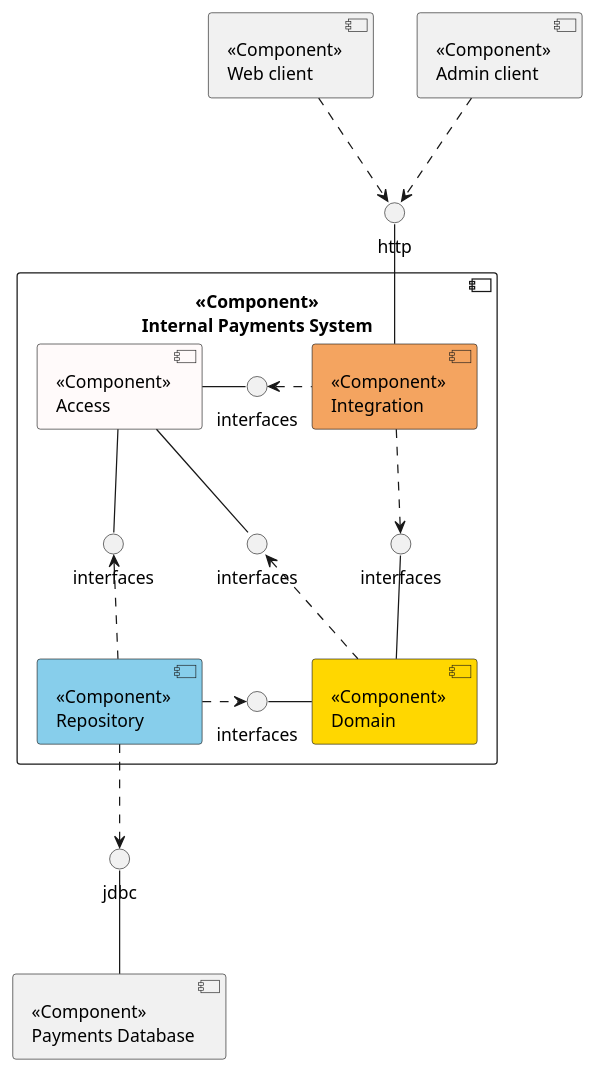
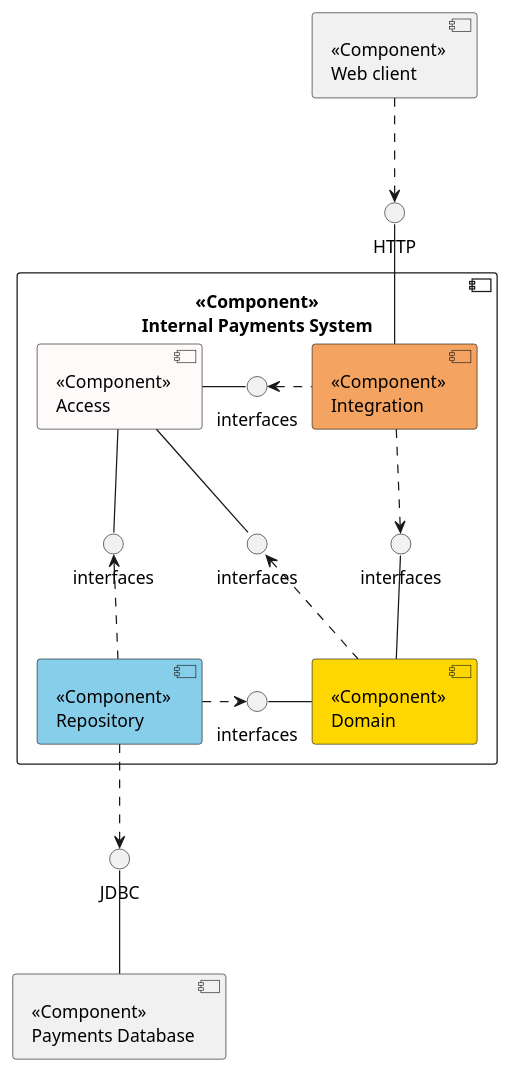
The diagram in component/component.iuml (opendemobank/diagrams), drawn with PlantUML before and after one commit. The commit also changed 1 other file, not shown here.

Commit message:
Update component diagrams

```diff
--- a/component/component.iuml
+++ b/component/component.iuml
@@ -1,42 +1,41 @@
 @startuml Component
 
 component "<<Component>>\nWeb client" as webClient
-component "<<Component>>\nAdmin client" as adminClient
 
 component "<<Component>>\nInternal Payments System" {
     component "<<Component>>\nIntegration" as integration #SandyBrown
     component "<<Component>>\nAccess" as access #Snow
     component "<<Component>>\nRepository" as repository #SkyBlue
     component "<<Component>>\nDomain" as domain #Gold
 
     () "interfaces" as  interface1
     () "interfaces" as  interface2
     () "interfaces" as  interface3
     () "interfaces" as  interface4
     () "interfaces" as  interface5
 
     access -right- interface1
     interface1 <. integration
 
     domain -up- interface2
     integration ..> interface2
 
     domain -left- interface3
     repository .> interface3
 
     access -down- interface4
     interface4 <.. repository
 
     access -down- interface5
     interface5 <.. domain
 }
 
-integration -up- http
-webClient ..> http
-adminClient ..> http
+integration -up- HTTP
+webClient ..> HTTP
 
 component "<<Component>>\nPayments Database" as paymentsDatabase
 
-repository ..> jdbc
-jdbc -- paymentsDatabase
+repository ..> JDBC
+JDBC -- paymentsDatabase
+
 @enduml
```
